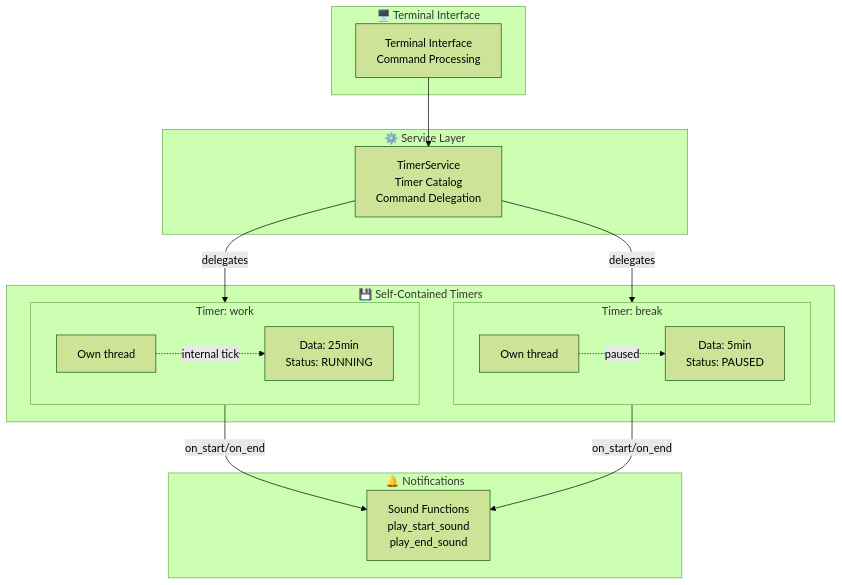
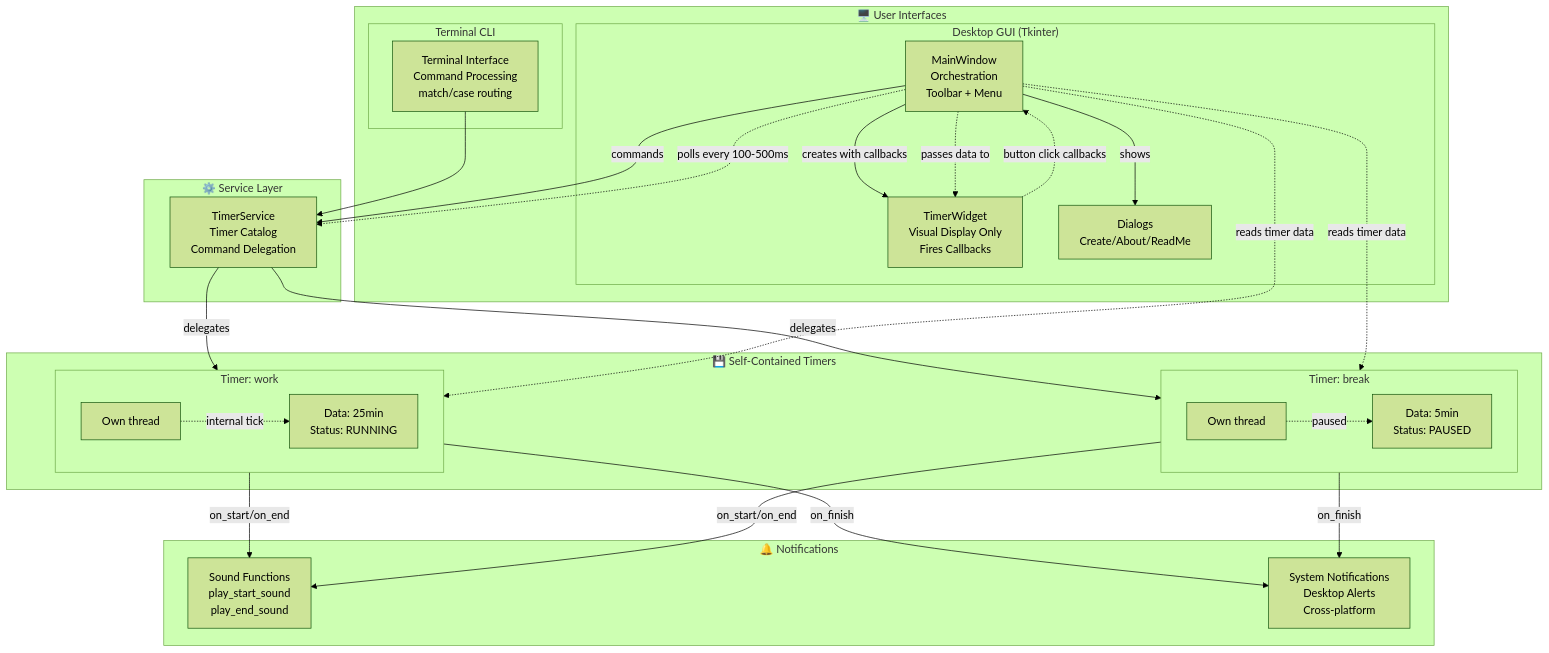
Before and after one commit to frbelotto/FreeTimerAlert: the diagram in README.md, drawn with Mermaid (forest theme). The commit also changed other lines of this file and 16 other files, not shown here.

First line of the commit message:
feat: Implement a Gui version and Implement system notification service using plyer for cross-platform support

````diff
--- a/README.md
+++ b/README.md
@@ -227,35 +324,55 @@
 ```mermaid
 flowchart TB
-    subgraph UI["🖥️ Terminal Interface"]
-        Terminal[Terminal Interface<br/>Command Processing]
+    subgraph UIs["🖥️ User Interfaces"]
+        subgraph Terminal["Terminal CLI"]
+            TermInt[Terminal Interface<br/>Command Processing<br/>match/case routing]
+        end
+        
+        subgraph GUI["Desktop GUI (Tkinter)"]
+            MainWin[MainWindow<br/>Orchestration<br/>Toolbar + Menu]
+            TimerWid[TimerWidget<br/>Visual Display Only<br/>Fires Callbacks]
+            Dialogs[Dialogs<br/>Create/About/ReadMe]
+            MainWin -->|creates with callbacks| TimerWid
+            MainWin -->|shows| Dialogs
+            TimerWid -.->|button click callbacks| MainWin
+        end
     end
     
     subgraph Service["⚙️ Service Layer"]
         TS[TimerService<br/>Timer Catalog<br/>Command Delegation]
     end
     
     subgraph Core["💾 Self-Contained Timers"]
         subgraph T1["Timer: work"]
             T1D[Data: 25min<br/>Status: RUNNING]
             T1T[Own thread]
         end
         subgraph T2["Timer: break"]
             T2D[Data: 5min<br/>Status: PAUSED]
             T2T[Own thread]
         end
     end
     
     subgraph Notify["🔔 Notifications"]
         NS[Sound Functions<br/>play_start_sound<br/>play_end_sound]
+        SysNotif[System Notifications<br/>Desktop Alerts<br/>Cross-platform]
     end
     
-    Terminal --> TS
+    TermInt --> TS
+    MainWin -->|commands| TS
     TS -->|delegates| T1
     TS -->|delegates| T2
     
     T1T -.->|internal tick| T1D
     T2T -.->|paused| T2D
     
     T1 -->|on_start/on_end| NS
     T2 -->|on_start/on_end| NS
+    T1 -->|on_finish| SysNotif
+    T2 -->|on_finish| SysNotif
+    
+    MainWin -.->|polls every 100-500ms| TS
+    MainWin -.->|reads timer data| T1
+    MainWin -.->|reads timer data| T2
+    MainWin -.->|passes data to| TimerWid
 ```
````
